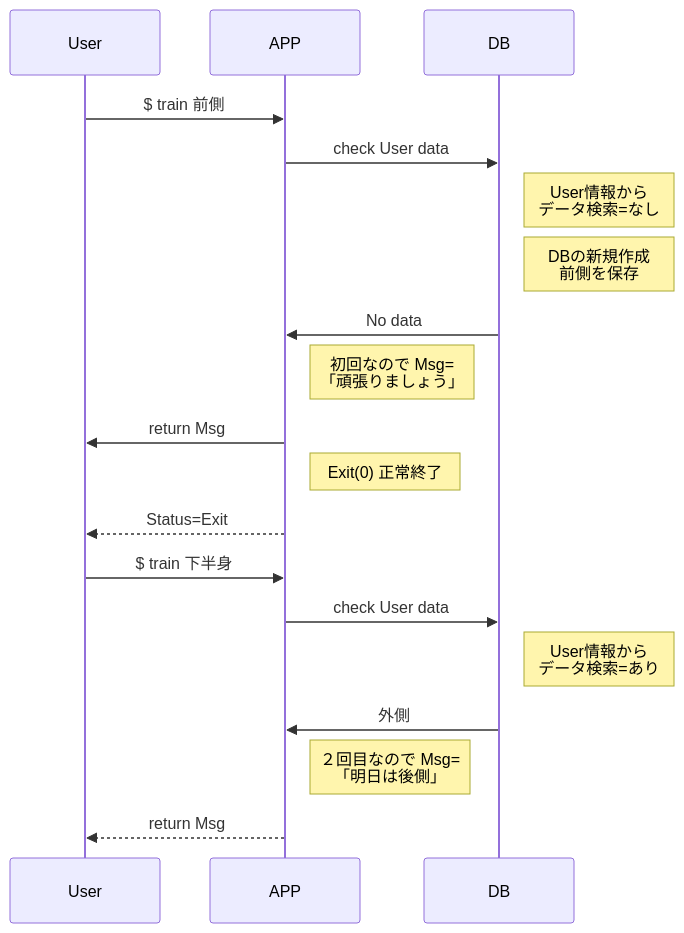
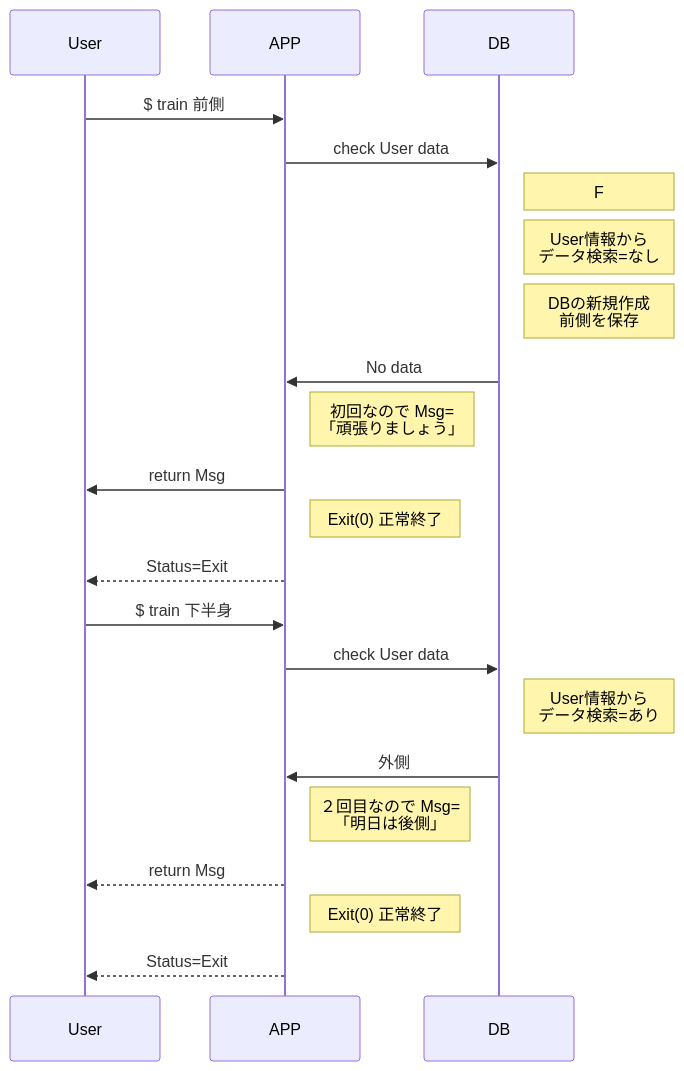
The first of 2 diagrams in flow.md (lamplusoka/train_Muscle), drawn with Mermaid before and after one commit. The commit also changed other lines of this file, not shown here.

Commit message:
flow.md updated from https://stackedit.io/

````diff
--- a/flow.md
+++ b/flow.md
@@ -4,19 +4,21 @@
 ```mermaid
 sequenceDiagram
 User->> APP: $ train 前側
 APP ->> DB: check User data
+Note right of DB: F
 Note right of DB:User情報から<br>データ検索=なし
 Note right of DB:DBの新規作成<br>前側を保存
 DB ->> APP: No data
 Note right of APP:初回なので Msg=<br>「頑張りましょう」
 APP ->> User: return Msg
 Note right of APP: Exit(0) 正常終了
 APP -->>User: Status=Exit
 User ->> APP: $ train 下半身
 APP ->> DB: check User data
 Note right of DB:User情報から<br>データ検索=あり
 DB ->> APP: 外側
 Note right of APP:２回目なので Msg=<br>「明日は後側」
 APP -->> User: return Msg
-
+Note right of APP: Exit(0) 正常終了
+APP -->>User: Status=Exit
 ```
````
